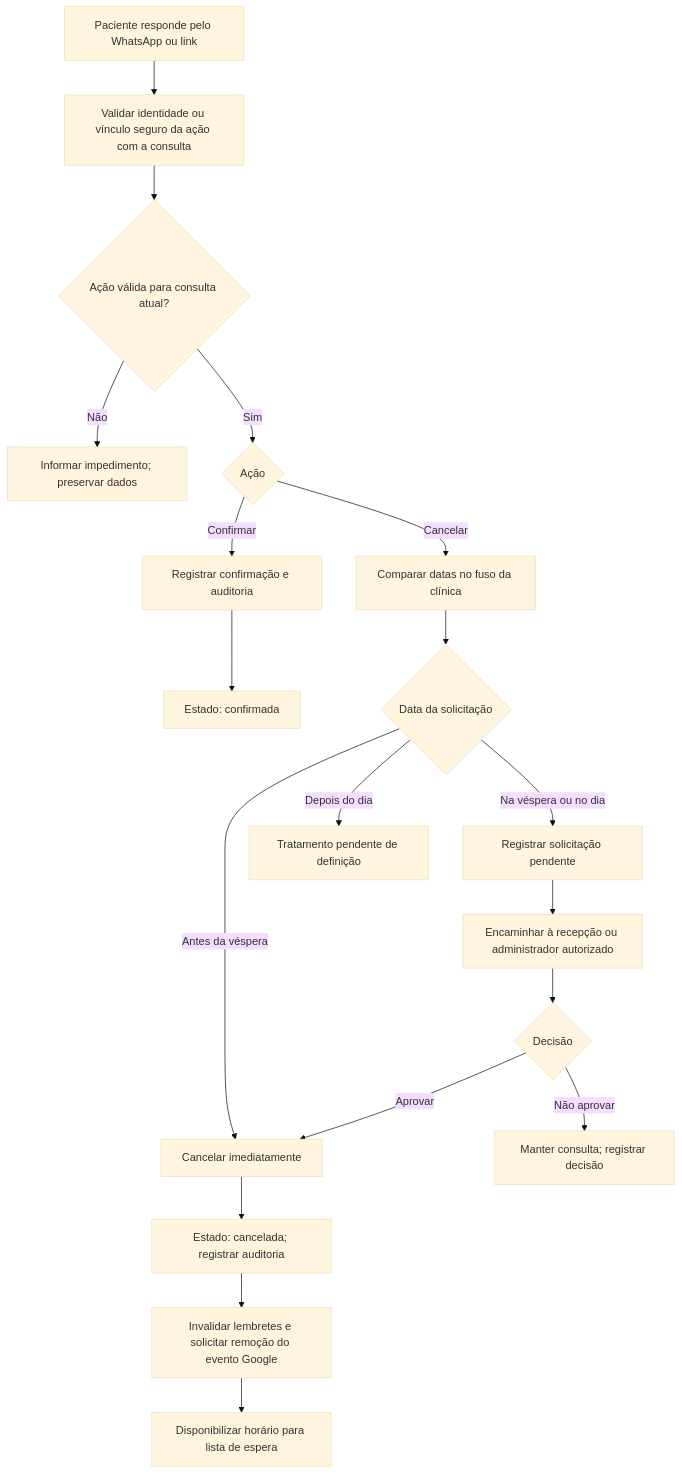
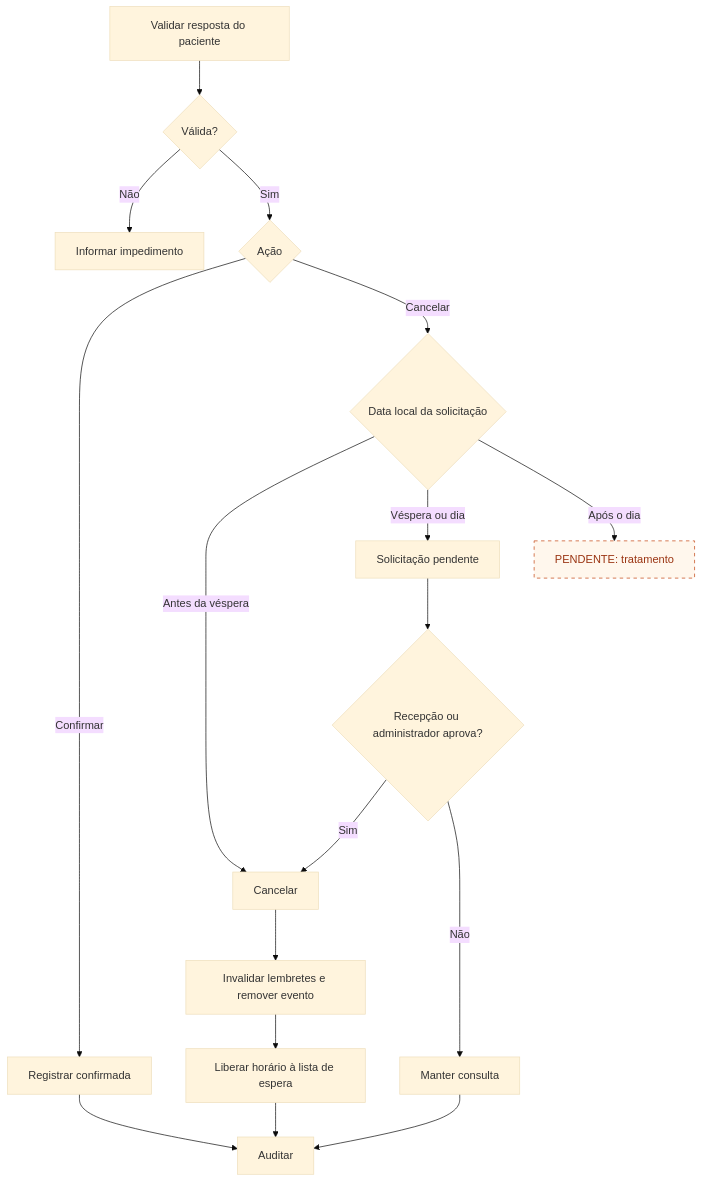
One commit to ArthurSarva/IntegraConsultas changed the fifth of 9 diagrams in docs/fluxograma-sistema.md. Above: the diagram before and after it, drawn with Mermaid (base theme). The commit also changed other lines of this file, not shown here.

````diff
--- a/docs/fluxograma-sistema.md
+++ b/docs/fluxograma-sistema.md
@@ -96,21 +104,21 @@
 ```mermaid
 flowchart TD
-    A["Paciente responde pelo WhatsApp ou link"] --> B["Validar identidade ou vínculo seguro da ação com a consulta"]
-    B --> C{"Ação válida para consulta atual?"}
-    C -->|Não| D["Informar impedimento; preservar dados"]
-    C -->|Sim| E{"Ação"}
-    E -->|Confirmar| F["Registrar confirmação e auditoria"]
-    F --> G["Estado: confirmada"]
-    E -->|Cancelar| H["Comparar datas no fuso da clínica"]
-    H --> I{"Data da solicitação"}
-    I -->|Antes da véspera| J["Cancelar imediatamente"]
-    I -->|Na véspera ou no dia| K["Registrar solicitação pendente"]
-    I -->|Depois do dia| L["Tratamento pendente de definição"]
-    K --> M["Encaminhar à recepção ou administrador autorizado"]
-    M --> N{"Decisão"}
-    N -->|Aprovar| J
-    N -->|Não aprovar| O["Manter consulta; registrar decisão"]
-    J --> P["Estado: cancelada; registrar auditoria"]
-    P --> Q["Invalidar lembretes e solicitar remoção do evento Google"]
-    Q --> R["Disponibilizar horário para lista de espera"]
+ A["Validar resposta do paciente"] --> B{"Válida?"}
+ B -->|Não| C["Informar impedimento"]
+ B -->|Sim| D{"Ação"}
+ D -->|Confirmar| E["Registrar confirmada"]
+ D -->|Cancelar| F{"Data local da solicitação"}
+ F -->|Antes da véspera| G["Cancelar"]
+ F -->|Véspera ou dia| H["Solicitação pendente"]
+ H --> I{"Recepção ou administrador aprova?"}
+ I -->|Sim| G
+ I -->|Não| J["Manter consulta"]
+ F -->|Após o dia| P["PENDENTE: tratamento"] 
+ G --> K["Invalidar lembretes e remover evento"]
+ K --> L["Liberar horário à lista de espera"]
+ E --> M["Auditar"]
+ J --> M
+ L --> M
+ classDef pendente fill:#fff7ed,stroke:#c2410c,stroke-dasharray:5 5,color:#9a3412;
+ class P pendente;
 ```
````
